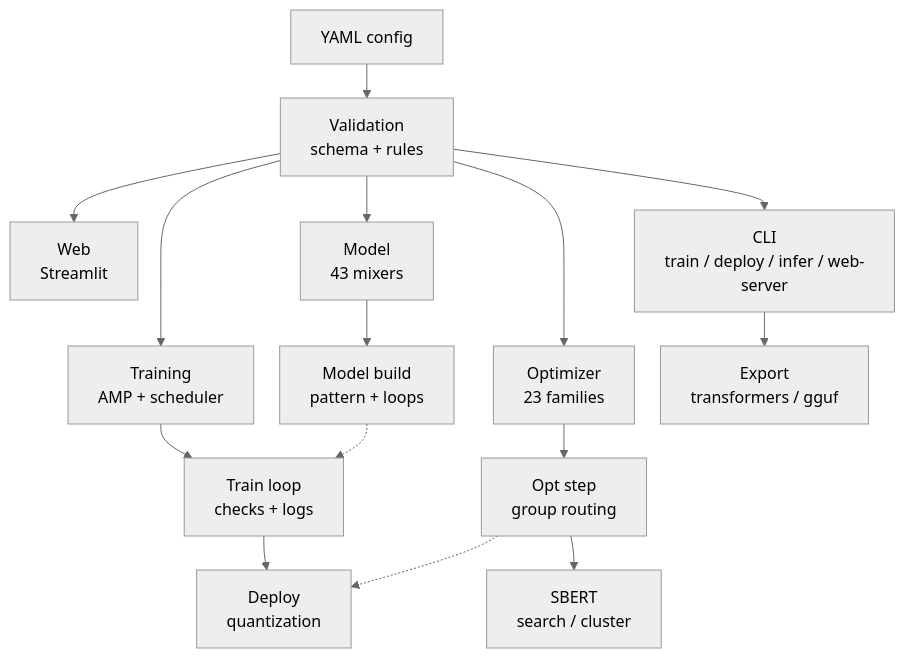
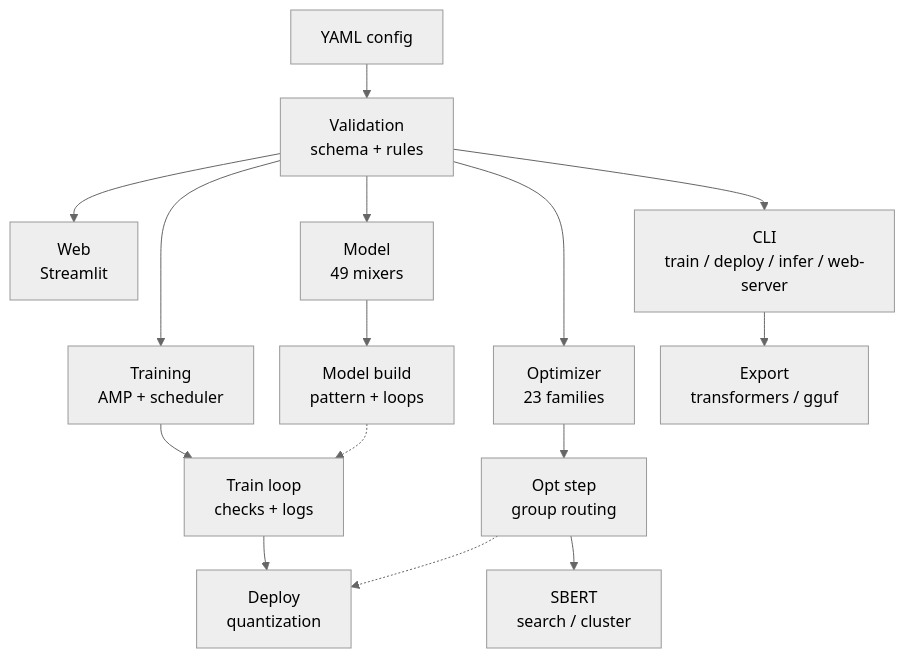
One commit to erickfmm/frankenstein-transformer changed the diagram in docs/paper/figures/system-architecture.mmd. Above: the diagram before and after it, drawn with Mermaid. The commit also changed 172 other files, not shown here.

```diff
--- a/docs/paper/figures/system-architecture.mmd
+++ b/docs/paper/figures/system-architecture.mmd
@@ -1,30 +1,30 @@
 %%{init: {"theme":"neutral","flowchart":{"curve":"basis","nodeSpacing":26,"rankSpacing":34}}}%%
 flowchart TD
   yaml["YAML config"]
   validation["Validation<br/>schema + rules"]
   web["Web<br/>Streamlit"]
   cli["CLI<br/>train / deploy / infer / web-server"]
-  model["Model<br/>43 mixers"]
+  model["Model<br/>49 mixers"]
   train["Training<br/>AMP + scheduler"]
   opt["Optimizer<br/>23 families"]
   modelout["Model build<br/>pattern + loops"]
   trainout["Train loop<br/>checks + logs"]
   optout["Opt step<br/>group routing"]
   deploy["Deploy<br/>quantization"]
   sbert["SBERT<br/>search / cluster"]
   export["Export<br/>transformers / gguf"]
 
   yaml --> validation
   validation --> web
   validation --> cli
   validation --> model
   validation --> train
   validation --> opt
   model --> modelout
   train --> trainout
   opt --> optout
   trainout --> deploy
   optout --> sbert
   modelout -.-> trainout
   optout -.-> deploy
   cli --> export
```
